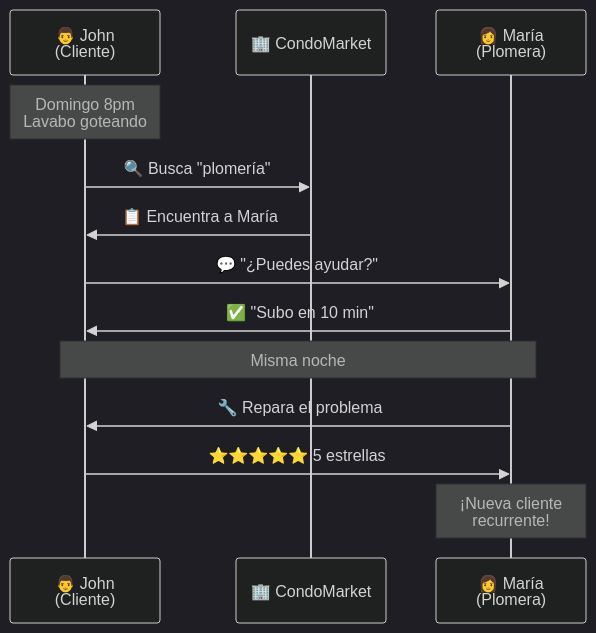
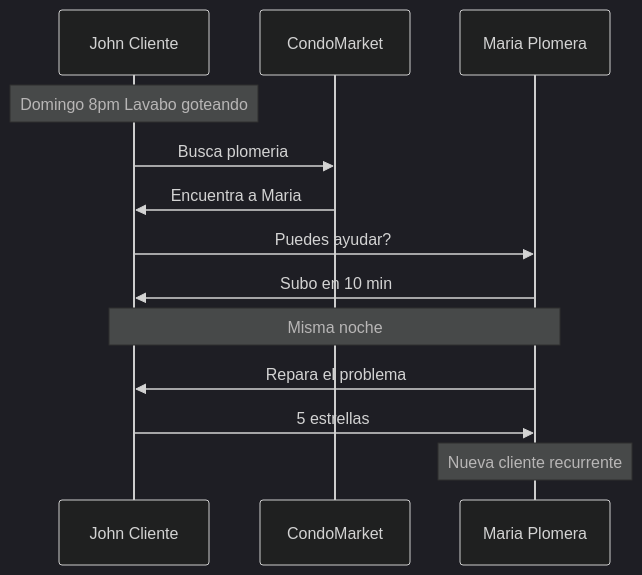
One commit to softv2ware/condomarket.api changed diagram 11 of 25 in app.spanish.md. Above: the diagram before and after it, drawn with Mermaid (dark theme). The commit also changed other lines of this file, not shown here.

````diff
--- a/app.spanish.md
+++ b/app.spanish.md
@@ -563,16 +567,16 @@
 ```mermaid
 sequenceDiagram
-    participant J as 👨 John<br/>(Cliente)
-    participant CM as 🏢 CondoMarket
-    participant M as 👩 María<br/>(Plomera)
+    participant J as John Cliente
+    participant CM as CondoMarket
+    participant M as Maria Plomera
     
-    Note over J: Domingo 8pm<br/>Lavabo goteando
-    J->>CM: 🔍 Busca "plomería"
-    CM->>J: 📋 Encuentra a María
-    J->>M: 💬 "¿Puedes ayudar?"
-    M->>J: ✅ "Subo en 10 min"
+    Note over J: Domingo 8pm Lavabo goteando
+    J->>CM: Busca plomeria
+    CM->>J: Encuentra a Maria
+    J->>M: Puedes ayudar?
+    M->>J: Subo en 10 min
     Note over J,M: Misma noche
-    M->>J: 🔧 Repara el problema
-    J->>M: ⭐⭐⭐⭐⭐ 5 estrellas
-    Note over M: ¡Nueva cliente<br/>recurrente!
+    M->>J: Repara el problema
+    J->>M: 5 estrellas
+    Note over M: Nueva cliente recurrente
 ```
````
